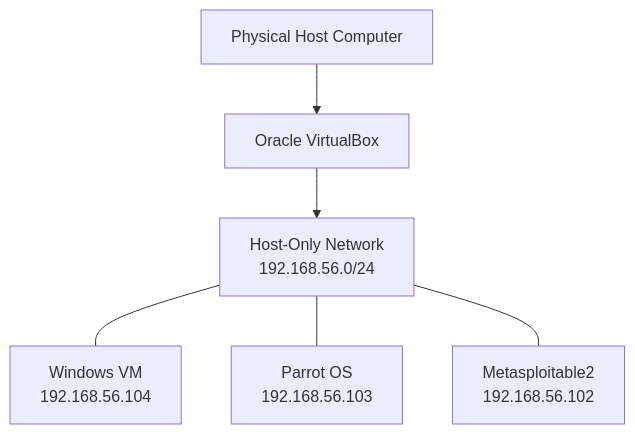
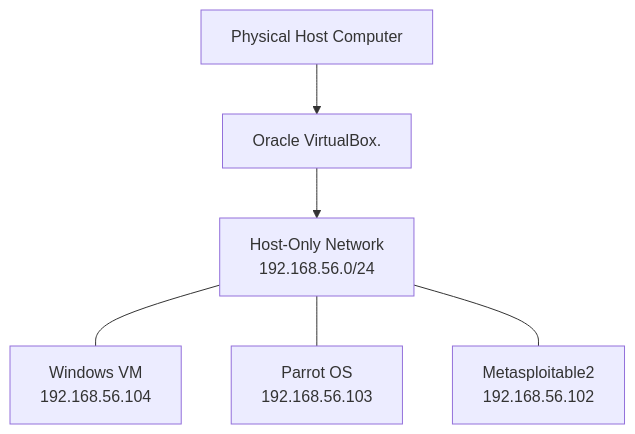
The diagram in PROJECTS/Project 01/network-topology.md (dadaarinade-ai/network-portfolio), drawn with Mermaid before and after one commit.

Commit message:
Fix formatting in network topology diagram
Updated labels in the network topology diagram for clarity.

````diff
--- a/PROJECTS/Project 01/network-topology.md
+++ b/PROJECTS/Project 01/network-topology.md
@@ -9,16 +9,16 @@
 ```mermaid
 flowchart TB
-    H["Physical Host Computer"]
-    V["Oracle VirtualBox"]
+    H["Physical Host Computer   "]
+    V["Oracle VirtualBox.     "]
     N["Host-Only Network<br/>192.168.56.0/24"]
 
     W["Windows VM<br/>192.168.56.104"]
     P["Parrot OS<br/>192.168.56.103"]
     M["Metasploitable2<br/>192.168.56.102"]
 
     H --> V
     V --> N
     N --- W
     N --- P
     N --- M
 ```
````
